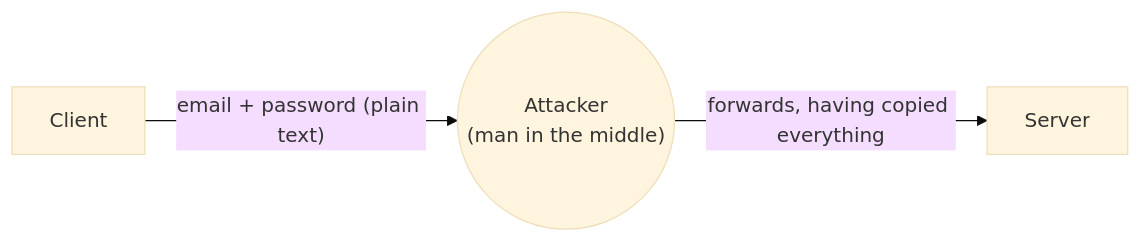
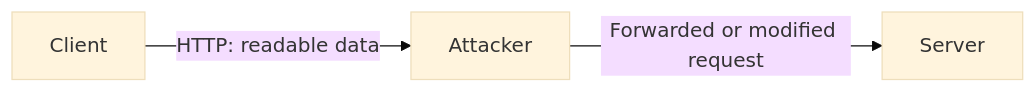
Before and after one commit to HARRISAMIN432/system-design-hld: the first of 13 diagrams in 13_How_HTTPs_Works/README.md, drawn with Mermaid (base theme). The commit also changed other lines of this file and 11 other files, not shown here.

````diff
--- a/13_How_HTTPs_Works/README.md
+++ b/13_How_HTTPs_Works/README.md
@@ -33,5 +59,5 @@
 ```mermaid
 flowchart LR
-    C["Client"] -- "email + password (plain text)" --> H(("Attacker<br/>(man in the middle)"))
-    H -- "forwards, having copied everything" --> S["Server"]
+    C["Client"] -->|"HTTP: readable data"| A["Attacker"]
+    A -->|"Forwarded or modified request"| S["Server"]
 ```
````
